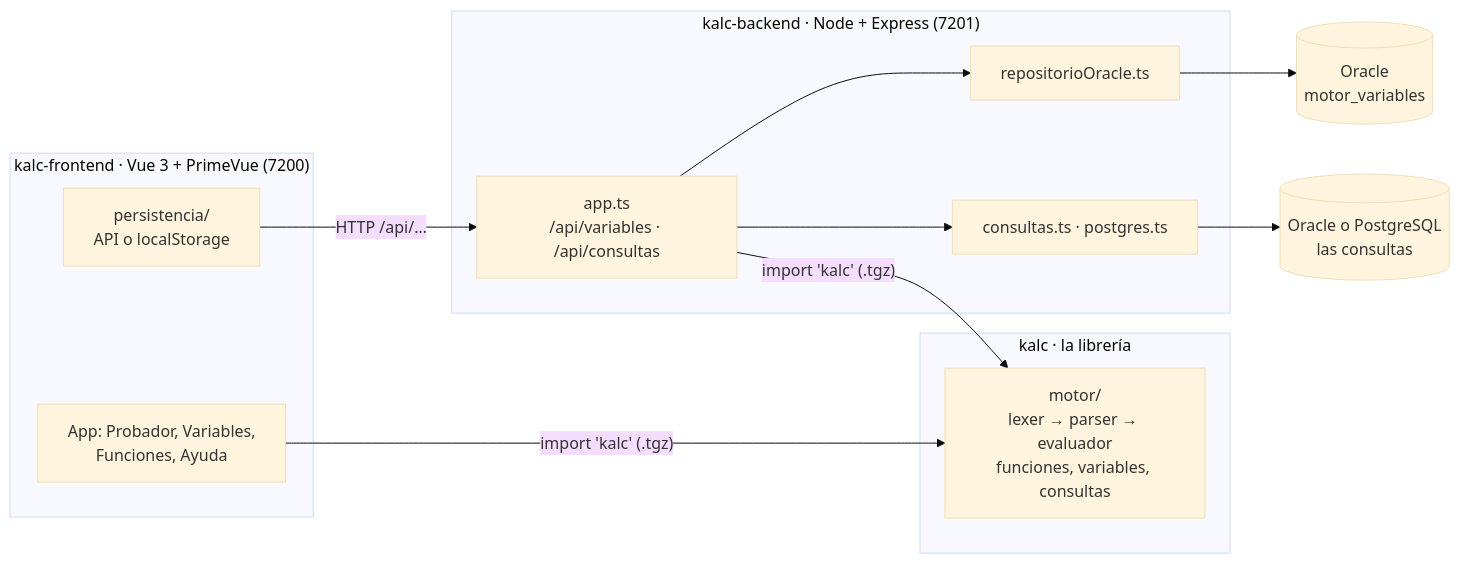
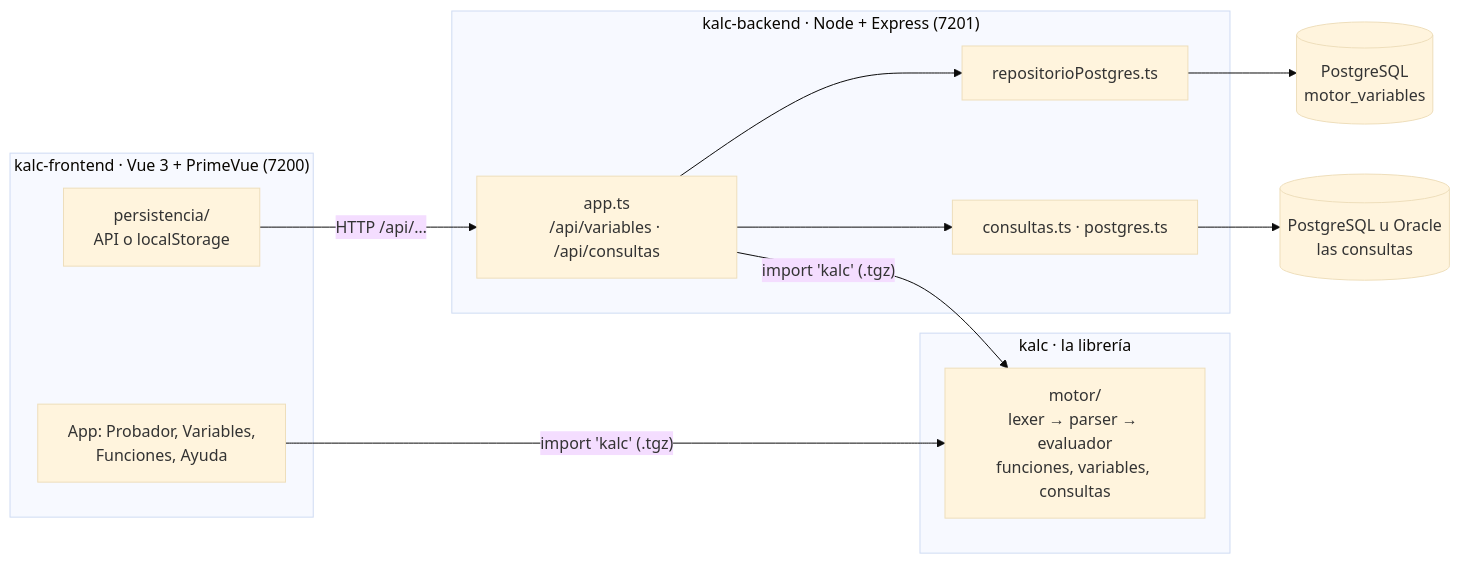
One commit to fmance66/kalc changed the diagram in README.md. Above: the diagram before and after it, drawn with Mermaid (base theme). The commit also changed other lines of this file and 38 other files, not shown here.

First line of the commit message:
Feat: API: variables guardadas en PostgreSQL

````diff
--- a/README.md
+++ b/README.md
@@ -19,22 +19,22 @@
 ```mermaid
 flowchart LR
   subgraph frontend["kalc-frontend · Vue 3 + PrimeVue (7200)"]
     app["App: Probador, Variables,<br/>Funciones, Ayuda"]
     persistencia["persistencia/<br/>API o localStorage"]
   end
   subgraph libreria["kalc · la librería"]
     motor["motor/<br/>lexer → parser → evaluador<br/>funciones, variables, consultas"]
   end
   subgraph backend["kalc-backend · Node + Express (7201)"]
     rutas["app.ts<br/>/api/variables · /api/consultas"]
-    repo["repositorioOracle.ts"]
+    repo["repositorioPostgres.ts"]
     consultas["consultas.ts · postgres.ts"]
   end
-  almacen[("Oracle<br/>motor_variables")]
-  bases[("Oracle o PostgreSQL<br/>las consultas")]
+  almacen[("PostgreSQL<br/>motor_variables")]
+  bases[("PostgreSQL u Oracle<br/>las consultas")]
   app -- "import 'kalc' (.tgz)" --> motor
   rutas -- "import 'kalc' (.tgz)" --> motor
   persistencia -- "HTTP /api/…" --> rutas
   rutas --> repo --> almacen
   rutas --> consultas --> bases
 ```
````
